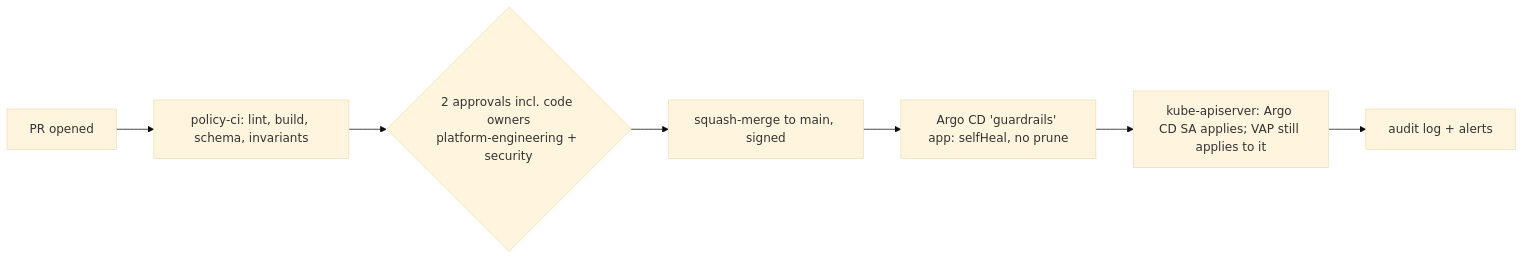
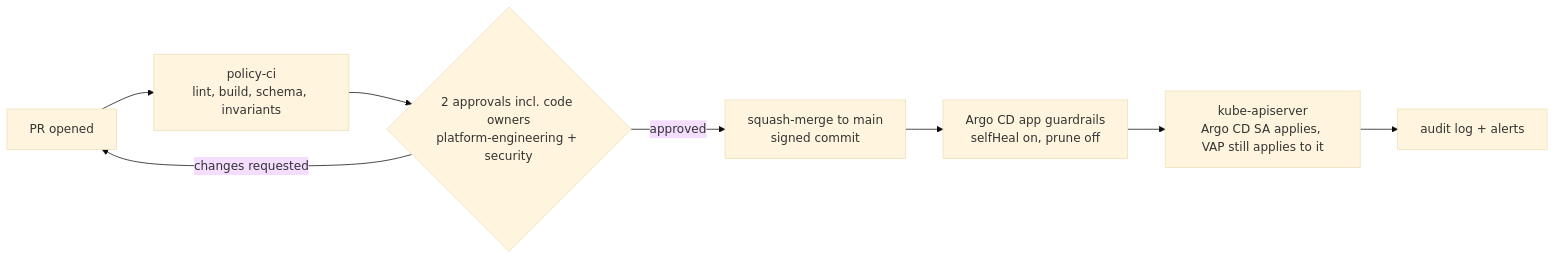
Before and after one commit to a2z-ice/openshift-gaurdtail: the diagram in docs/08-github-approval-workflow.md, drawn with Mermaid (base theme). The commit also changed 4 other files, not shown here.

Commit message:
update diagram

````diff
--- a/docs/08-github-approval-workflow.md
+++ b/docs/08-github-approval-workflow.md
@@ -32,9 +32,10 @@
 ```mermaid
 flowchart LR
-  A[PR opened] --> B[policy-ci: lint, build, schema, invariants]
-  B --> C{2 approvals incl. code owners<br/>platform-engineering + security}
-  C --> D[squash-merge to main, signed]
-  D --> E[Argo CD 'guardrails' app: selfHeal, no prune]
-  E --> F[kube-apiserver: Argo CD SA applies; VAP still applies to it]
-  F --> G[audit log + alerts]
+    A["PR opened"] --> B["policy-ci<br/>lint, build, schema, invariants"]
+    B --> C{"2 approvals incl. code owners<br/>platform-engineering + security"}
+    C -- "approved" --> D["squash-merge to main<br/>signed commit"]
+    C -- "changes requested" --> A
+    D --> E["Argo CD app guardrails<br/>selfHeal on, prune off"]
+    E --> F["kube-apiserver<br/>Argo CD SA applies, VAP still applies to it"]
+    F --> G["audit log + alerts"]
 ```
````
